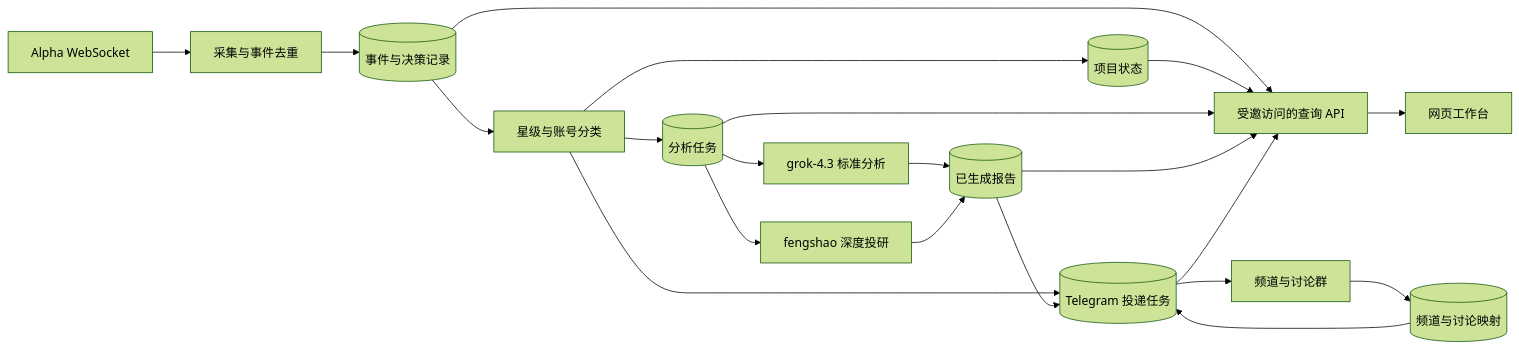
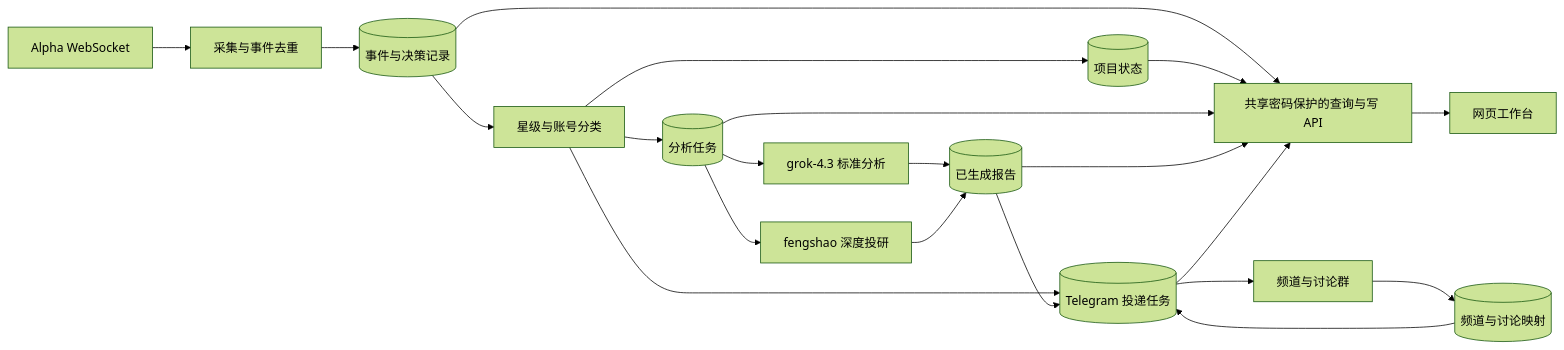
The diagram in docs/architecture/frontend-migration.md (Wea1her/alpha_apidance_pro), drawn with Mermaid (forest theme) before and after one commit. The commit also changed other lines of this file and 115 other files, not shown here.

````diff
--- a/docs/architecture/frontend-migration.md
+++ b/docs/architecture/frontend-migration.md
@@ -70,23 +70,23 @@
 ```mermaid
 flowchart LR
   Alpha[Alpha WebSocket] --> Ingest[采集与事件去重]
   Ingest --> Events[(事件与决策记录)]
   Events --> Rules[星级与账号分类]
   Rules --> Projects[(项目状态)]
   Rules --> Jobs[(分析任务)]
   Jobs --> Standard[grok-4.3 标准分析]
   Jobs --> Deep[fengshao 深度投研]
   Standard --> Reports[(已生成报告)]
   Deep --> Reports
   Rules --> Delivery[(Telegram 投递任务)]
   Reports --> Delivery
   Delivery --> TG[频道与讨论群]
   TG --> Mappings[(频道与讨论映射)]
   Mappings --> Delivery
-  Events --> API[受邀访问的查询 API]
+  Events --> API[共享密码保护的查询与写 API]
   Projects --> API
   Jobs --> API
   Reports --> API
   Delivery --> API
   API --> Web[网页工作台]
 ```
````
